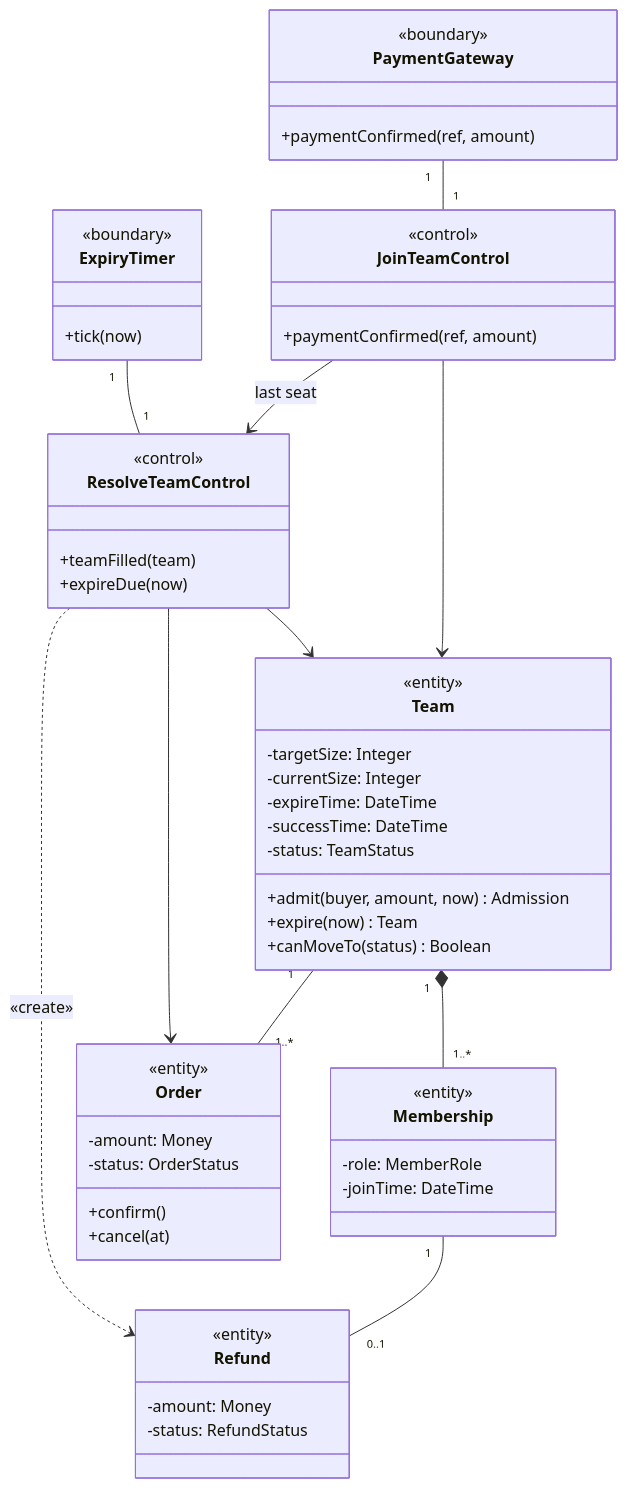
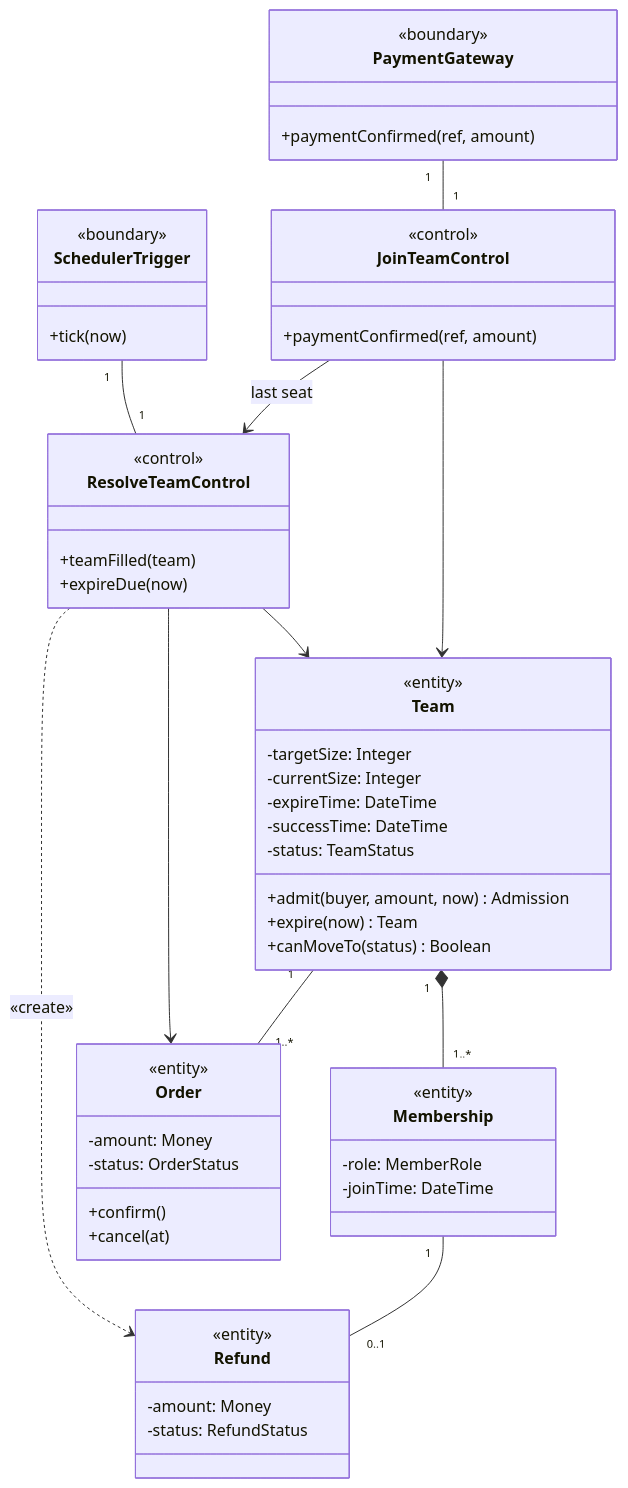
One commit to PPsyrius/iss-groupbuy-team8 changed the second of 17 diagrams in docs/swe5006/report/sections/03-4-5-liu-jin.md. Above: the diagram before and after it, drawn with Mermaid. The commit also changed other lines of this file, not shown here.

First line of the commit message:
docs(report): UC5 analysis models name the timer boundary SchedulerTrigger, as UC6 does (#463) [owner: Liu Jin]

````diff
--- a/docs/swe5006/report/sections/03-4-5-liu-jin.md
+++ b/docs/swe5006/report/sections/03-4-5-liu-jin.md
@@ -123,66 +123,66 @@
 ```mermaid
 classDiagram
-    class ExpiryTimer {
+    class SchedulerTrigger {
         <<boundary>>
         +tick(now)
     }
     class PaymentGateway {
         <<boundary>>
         +paymentConfirmed(ref, amount)
     }
     class JoinTeamControl {
         <<control>>
         +paymentConfirmed(ref, amount)
     }
     class ResolveTeamControl {
         <<control>>
         +teamFilled(team)
         +expireDue(now)
     }
     class Team {
         <<entity>>
         -targetSize: Integer
         -currentSize: Integer
         -expireTime: DateTime
         -successTime: DateTime
         -status: TeamStatus
         +admit(buyer, amount, now) Admission
         +expire(now) Team
         +canMoveTo(status) Boolean
     }
     class Membership {
         <<entity>>
         -role: MemberRole
         -joinTime: DateTime
     }
     class Order {
         <<entity>>
         -amount: Money
         -status: OrderStatus
         +confirm()
         +cancel(at)
     }
     class Refund {
         <<entity>>
         -amount: Money
         -status: RefundStatus
     }
     %% at PaymentGateway 0,0
-    %% at ExpiryTimer 2,0
+    %% at SchedulerTrigger 2,0
     %% at JoinTeamControl 0,1
     %% at ResolveTeamControl 2,1
     %% at Team 1,2
     %% at Order 2,2
     %% at Membership 1,3
     %% at Refund 2,3
     PaymentGateway "1" -- "1" JoinTeamControl
-    ExpiryTimer "1" -- "1" ResolveTeamControl
+    SchedulerTrigger "1" -- "1" ResolveTeamControl
     JoinTeamControl --> Team
     JoinTeamControl --> ResolveTeamControl : last seat
     ResolveTeamControl --> Team
     ResolveTeamControl --> Order
     ResolveTeamControl ..> Refund : «create»
     Team "1" *-- "1..*" Membership
     Team "1" -- "1..*" Order
     Membership "1" -- "0..1" Refund
 ```
````
